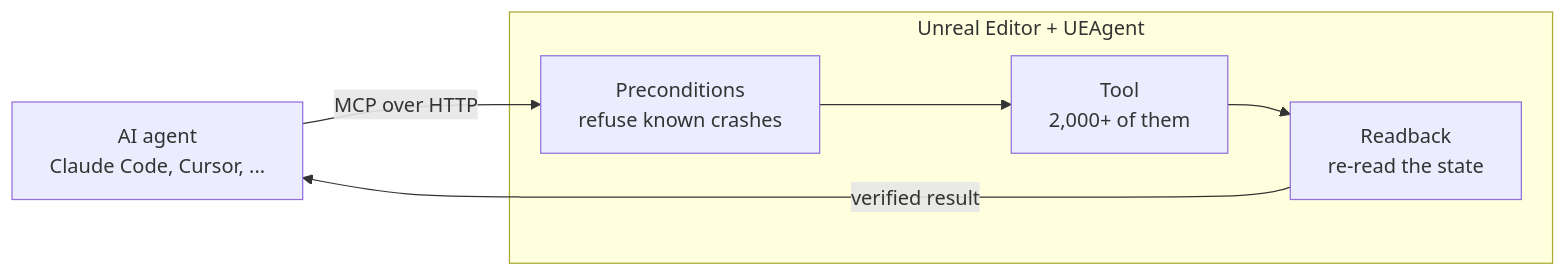
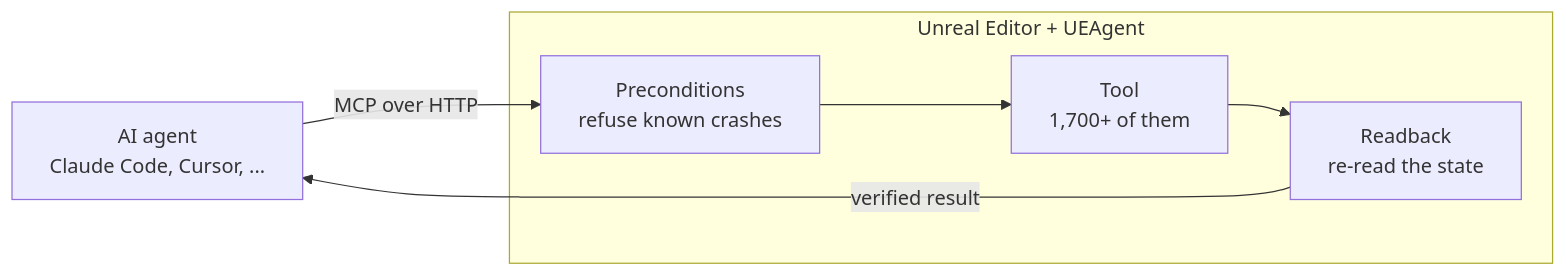
One commit to CarlxsMG/UEAgent changed the diagram in README.md. Above: the diagram before and after it, drawn with Mermaid. The commit also changed other lines of this file and 203 other files, not shown here.

````diff
--- a/README.md
+++ b/README.md
@@ -50,8 +50,8 @@
 ```mermaid
 flowchart LR
     A["AI agent<br/>Claude Code, Cursor, ..."] -- "MCP over HTTP" --> P
     subgraph E["Unreal Editor + UEAgent"]
-        P["Preconditions<br/>refuse known crashes"] --> H["Tool<br/>2,000+ of them"] --> R["Readback<br/>re-read the state"]
+        P["Preconditions<br/>refuse known crashes"] --> H["Tool<br/>1,700+ of them"] --> R["Readback<br/>re-read the state"]
     end
     R -- "verified result" --> A
 ```
````
